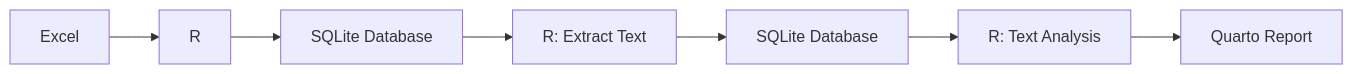
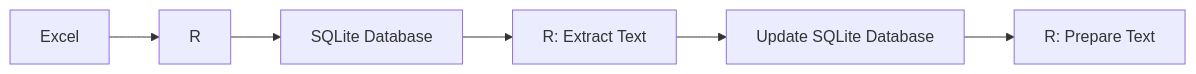
The first of 2 diagrams in sql-documentation/text-analysis.qmd (martinezc1/documentation), drawn with Mermaid before and after one commit. The commit also changed other lines of this file and 1 other file, not shown here.

Commit message:
Removed the text analysis portion

````diff
--- a/sql-documentation/text-analysis.qmd
+++ b/sql-documentation/text-analysis.qmd
@@ -16,9 +16,8 @@
 ```{mermaid}
 flowchart LR
     A[Excel] --> B[R]
     B --> C[SQLite Database]
     C --> D[R: Extract Text]
-    D --> E[SQLite Database]
-    E --> F[R: Text Analysis]
-    F --> G[Quarto Report]
+    D --> E[Update SQLite Database]
+    E --> F[R: Prepare Text]
 ```
````
